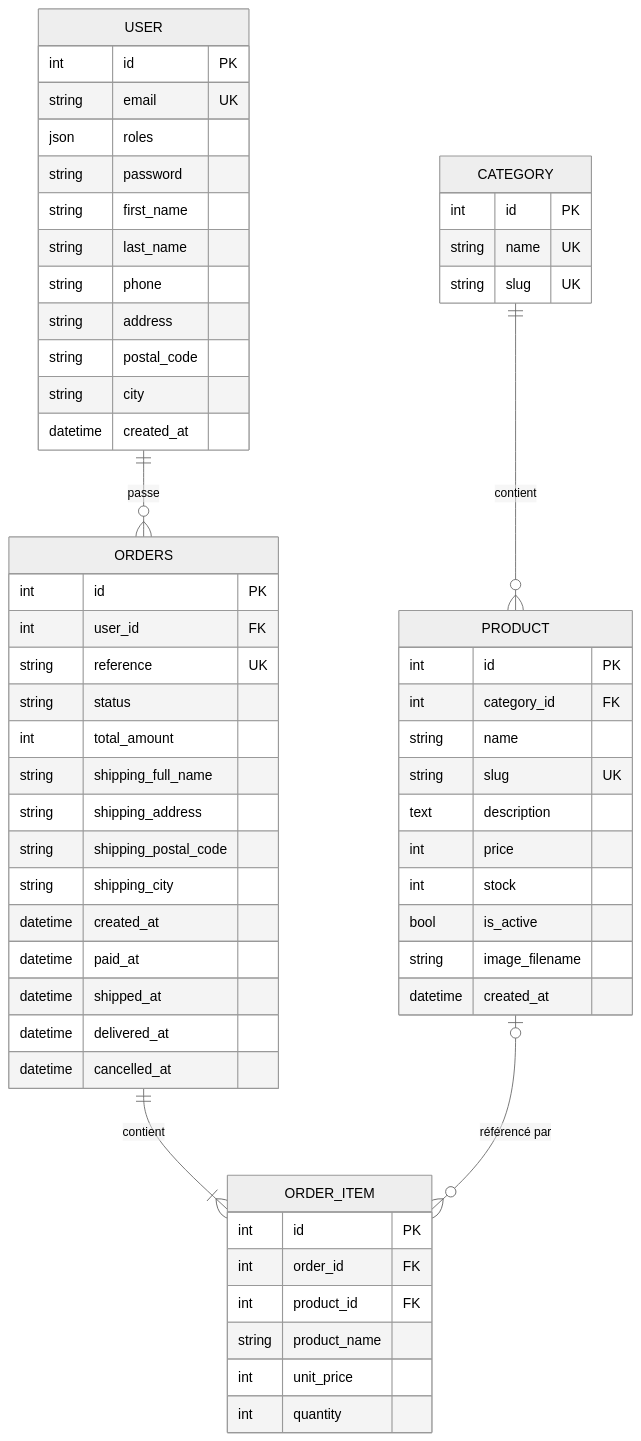
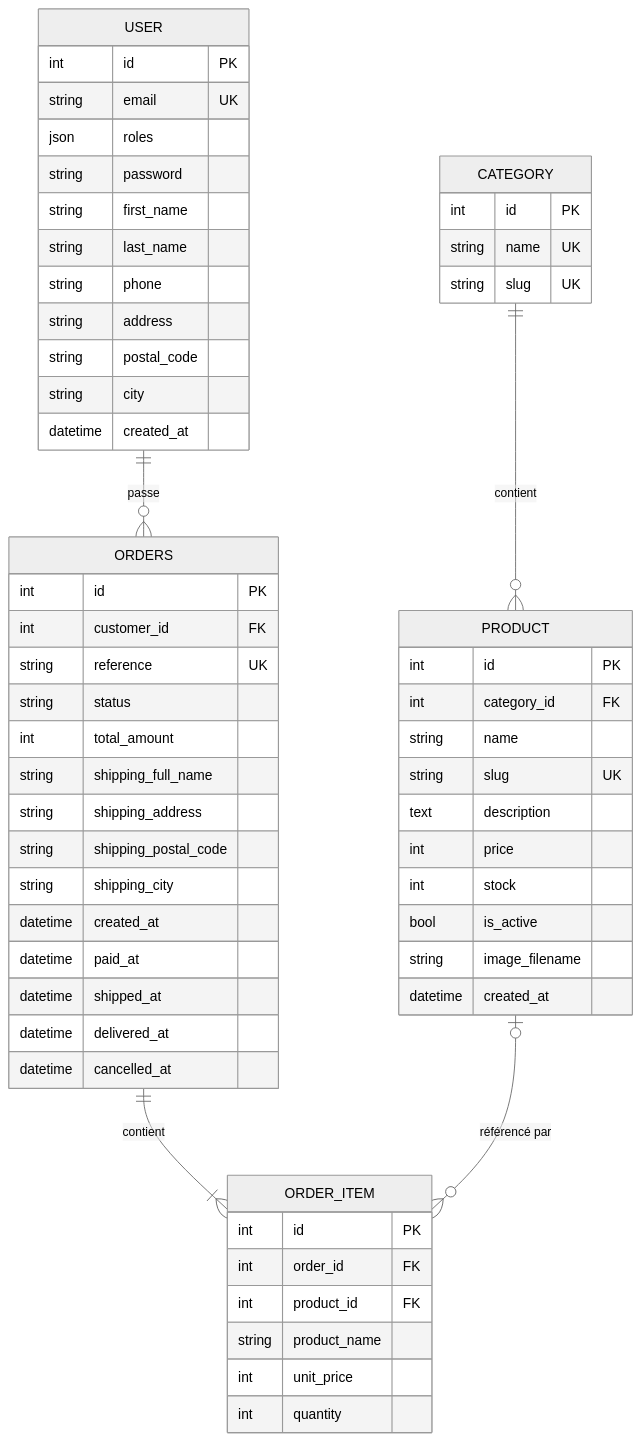
One commit to Math-Pav/e-commerce changed the diagram in docs/modele-de-donnees.md. Above: the diagram before and after it, drawn with Mermaid (neutral theme). The commit also changed other lines of this file, not shown here.

````diff
--- a/docs/modele-de-donnees.md
+++ b/docs/modele-de-donnees.md
@@ -7,62 +7,62 @@
 ```mermaid
 erDiagram
     CATEGORY ||--o{ PRODUCT : contient
     USER ||--o{ ORDERS : passe
     ORDERS ||--|{ ORDER_ITEM : contient
     PRODUCT |o--o{ ORDER_ITEM : "référencé par"
 
     CATEGORY {
         int id PK
         string name UK
         string slug UK
     }
     PRODUCT {
         int id PK
         int category_id FK
         string name
         string slug UK
         text description
         int price
         int stock
         bool is_active
         string image_filename
         datetime created_at
     }
     USER {
         int id PK
         string email UK
         json roles
         string password
         string first_name
         string last_name
         string phone
         string address
         string postal_code
         string city
         datetime created_at
     }
     ORDERS {
         int id PK
-        int user_id FK
+        int customer_id FK
         string reference UK
         string status
         int total_amount
         string shipping_full_name
         string shipping_address
         string shipping_postal_code
         string shipping_city
         datetime created_at
         datetime paid_at
         datetime shipped_at
         datetime delivered_at
         datetime cancelled_at
     }
     ORDER_ITEM {
         int id PK
         int order_id FK
         int product_id FK
         string product_name
         int unit_price
         int quantity
     }
 ```
````
